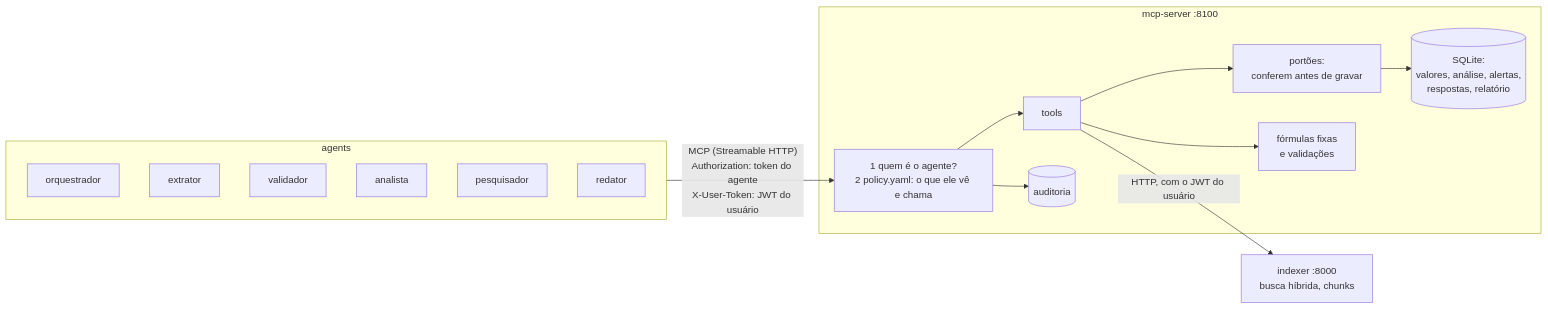
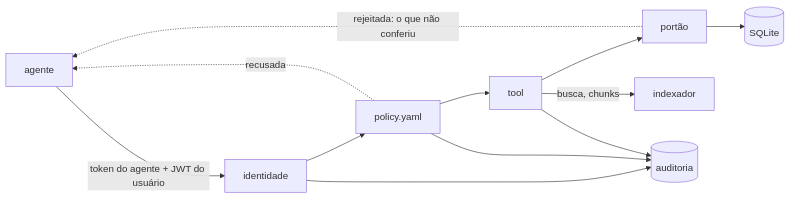
The diagram in mcp-server/README.md (proscholdt/MultAgent_AnaliseDocumental), drawn with Mermaid before and after one commit. The commit also changed other lines of this file and 9 other files, not shown here.

````diff
--- a/mcp-server/README.md
+++ b/mcp-server/README.md
@@ -16,21 +7,9 @@
 ```mermaid
 flowchart LR
-    subgraph AG[agents]
-        O[orquestrador]
-        E[extrator]
-        V[validador]
-        A[analista]
-        P[pesquisador]
-        R[redator]
-    end
-    AG -->|"MCP (Streamable HTTP)<br/>Authorization: token do agente<br/>X-User-Token: JWT do usuário"| G
-
-    subgraph MCP[mcp-server :8100]
-        G[1 quem é o agente?<br/>2 policy.yaml: o que ele vê e chama] --> T[tools]
-        T --> PT[portões:<br/>conferem antes de gravar]
-        PT --> DB[(SQLite:<br/>valores, análise, alertas,<br/>respostas, relatório)]
-        G --> AU[(auditoria)]
-        T --> F[fórmulas fixas<br/>e validações]
-    end
-    T -->|"HTTP, com o JWT do usuário"| IDX[indexer :8000<br/>busca híbrida, chunks]
+    AG[agente] -->|token do agente + JWT do usuário| ID[identidade]
+    ID --> PO[policy.yaml] --> T[tool] --> PT[portão] --> DB[(SQLite)]
+    T -->|busca, chunks| IDX[indexador]
+    PO -. recusada .-> AG
+    PT -. rejeitada: o que não conferiu .-> AG
+    ID & PO & T --> AU[(auditoria)]
 ```
````
